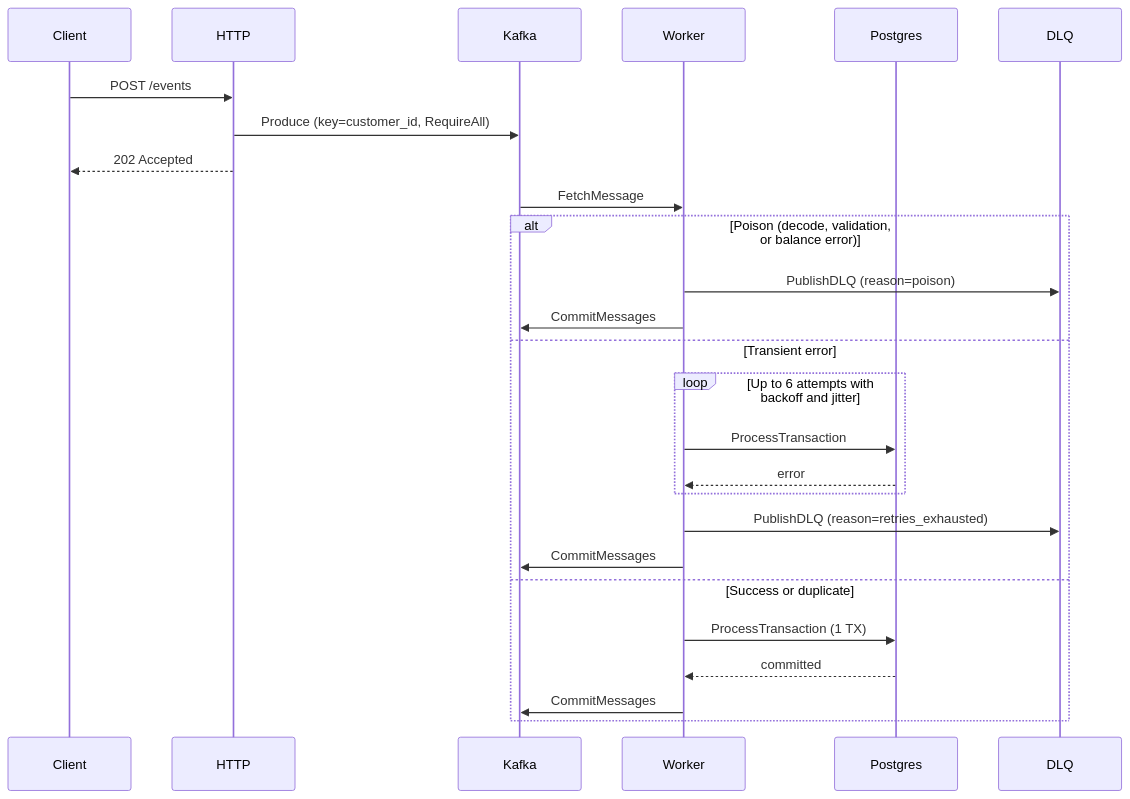
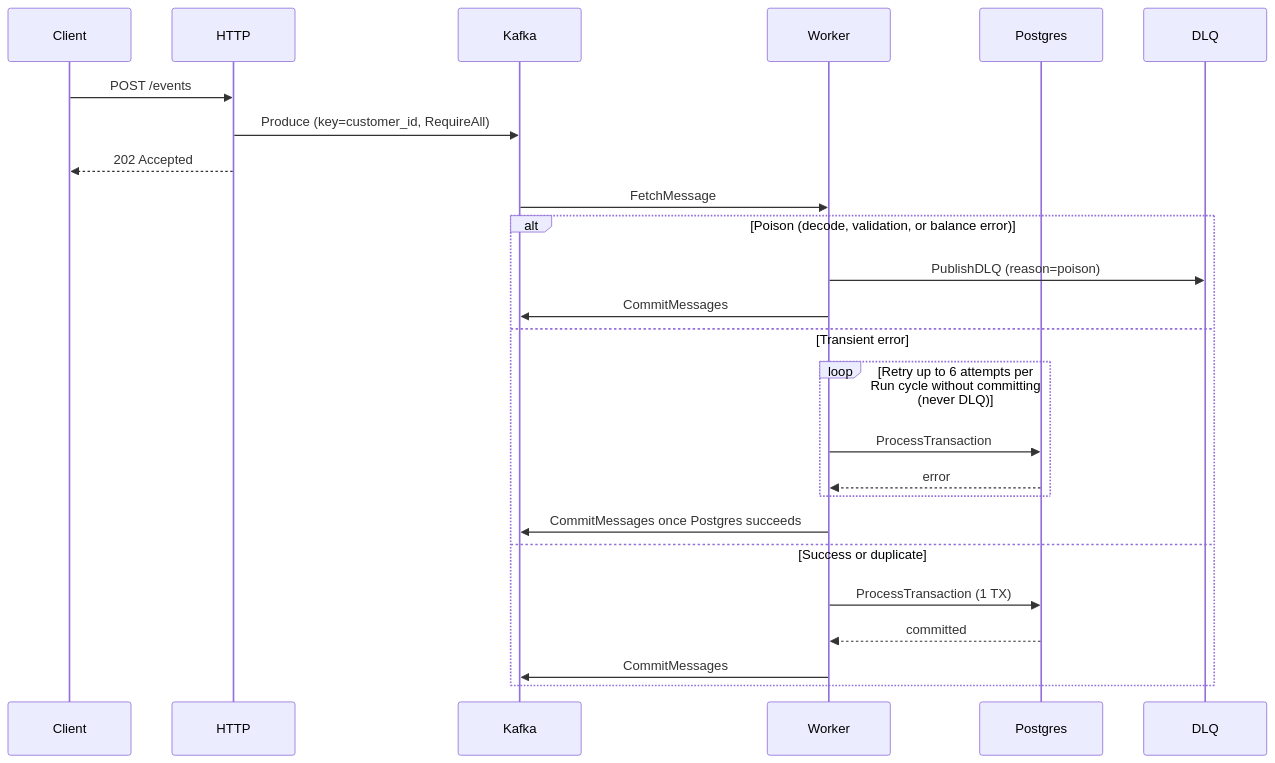
Before and after one commit to sujal-thakur01/eventpulse: the first of 3 diagrams in README.md, drawn with Mermaid. The commit also changed other lines of this file and 4 other files, not shown here.

````diff
--- a/README.md
+++ b/README.md
@@ -18,28 +18,27 @@
 ```mermaid
 sequenceDiagram
     participant Client
     participant HTTP
     participant Kafka
     participant Worker
     participant Postgres
     participant DLQ
     Client->>HTTP: POST /events
     HTTP->>Kafka: Produce (key=customer_id, RequireAll)
     HTTP-->>Client: 202 Accepted
     Kafka->>Worker: FetchMessage
     alt Poison (decode, validation, or balance error)
         Worker->>DLQ: PublishDLQ (reason=poison)
         Worker->>Kafka: CommitMessages
     else Transient error
-        loop Up to 6 attempts with backoff and jitter
+        loop Retry up to 6 attempts per Run cycle without committing (never DLQ)
             Worker->>Postgres: ProcessTransaction
             Postgres-->>Worker: error
         end
-        Worker->>DLQ: PublishDLQ (reason=retries_exhausted)
-        Worker->>Kafka: CommitMessages
+        Worker->>Kafka: CommitMessages once Postgres succeeds
     else Success or duplicate
         Worker->>Postgres: ProcessTransaction (1 TX)
         Postgres-->>Worker: committed
         Worker->>Kafka: CommitMessages
     end
 ```
````
